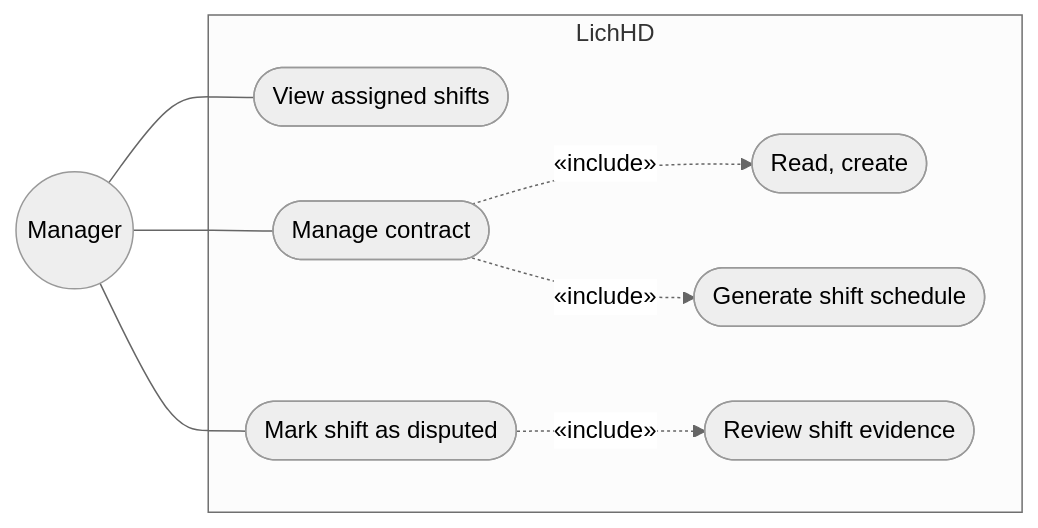
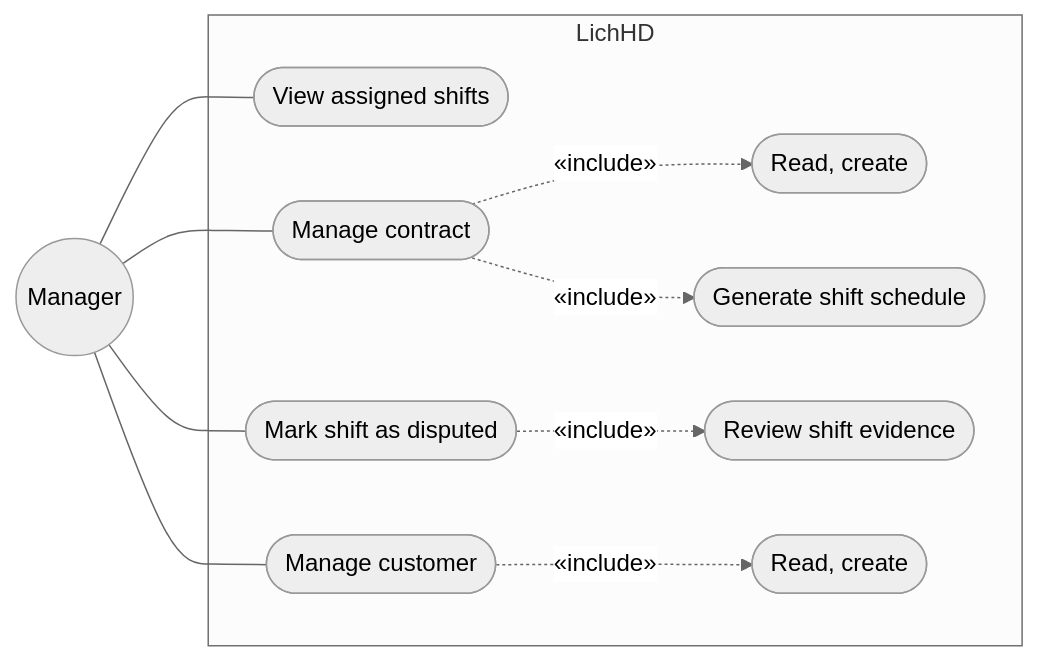
The third of 16 diagrams in docs/02-design-analysis.md (dDxCg/contrack), drawn with Mermaid (neutral theme) before and after one commit. The commit also changed other lines of this file and 6 other files, not shown here.

````diff
--- a/docs/02-design-analysis.md
+++ b/docs/02-design-analysis.md
@@ -81,21 +84,25 @@
 ```mermaid
 flowchart LR
     Manager((Manager))
 
     subgraph Boundary["LichHD"]
         UC6([View assigned shifts])
         UC9([Manage contract])
         UC9P(["Read, create"])
         UC17([Generate shift schedule])
         UC19([Review shift evidence])
         UC10([Mark shift as disputed])
+        UC21([Manage customer])
+        UC21P(["Read, create"])
     end
 
     Manager --- UC6
     Manager --- UC9
     Manager --- UC10
+    Manager --- UC21
 
     UC9 -.->|"&laquo;include&raquo;"| UC9P
     UC9 -.->|"&laquo;include&raquo;"| UC17
     UC10 -.->|"&laquo;include&raquo;"| UC19
+    UC21 -.->|"&laquo;include&raquo;"| UC21P
 ```
````
